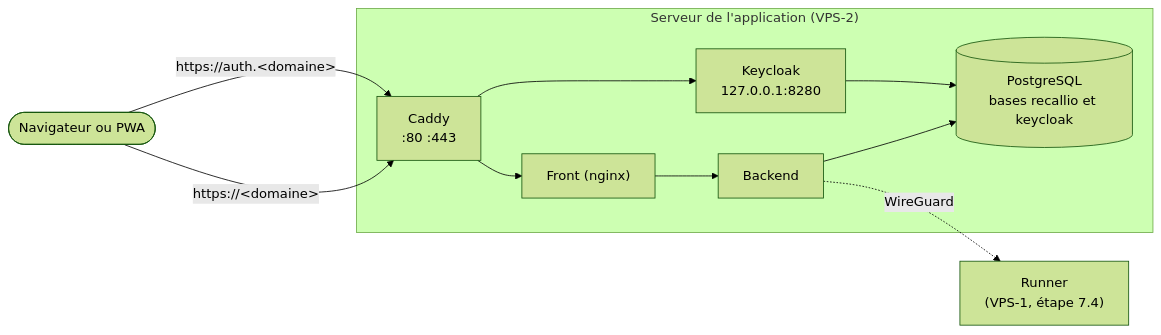
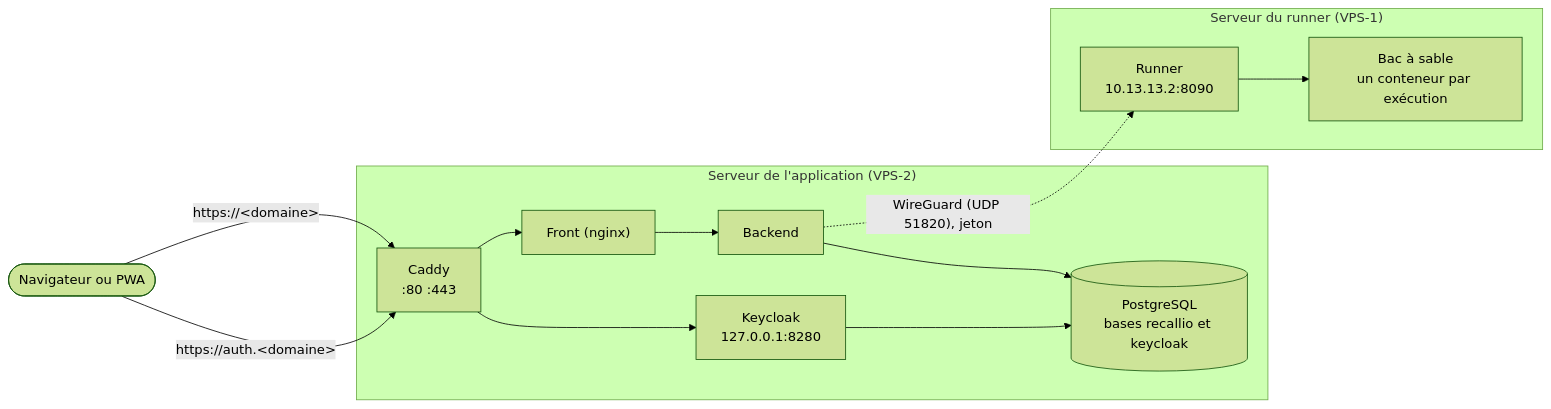
Before and after one commit to potichacha/recallio: the diagram in docs/deploiement.md, drawn with Mermaid (forest theme). The commit also changed other lines of this file and 12 other files, not shown here.

Commit message:
feat: production configuration of the runner server, joined through WireGuard (ADR 0072)

````diff
--- a/docs/deploiement.md
+++ b/docs/deploiement.md
@@ -22,19 +25,23 @@
 ```mermaid
 flowchart LR
     user([Navigateur ou PWA])
     subgraph app ["Serveur de l'application (VPS-2)"]
         caddy["Caddy<br/>:80 :443"]
         front["Front (nginx)"]
         back["Backend"]
         kc["Keycloak<br/>127.0.0.1:8280"]
         db[("PostgreSQL<br/>bases recallio et keycloak")]
     end
-    runner["Runner<br/>(VPS-1, étape 7.4)"]
+    subgraph run ["Serveur du runner (VPS-1)"]
+        runner["Runner<br/>10.13.13.2:8090"]
+        sandbox["Bac à sable<br/>un conteneur par exécution"]
+    end
     user -- "https://&lt;domaine&gt;" --> caddy
     user -- "https://auth.&lt;domaine&gt;" --> caddy
     caddy --> front --> back
     caddy --> kc
     back --> db
     kc --> db
-    back -. WireGuard .-> runner
+    back -. "WireGuard (UDP 51820), jeton" .-> runner
+    runner --> sandbox
 ```
````
